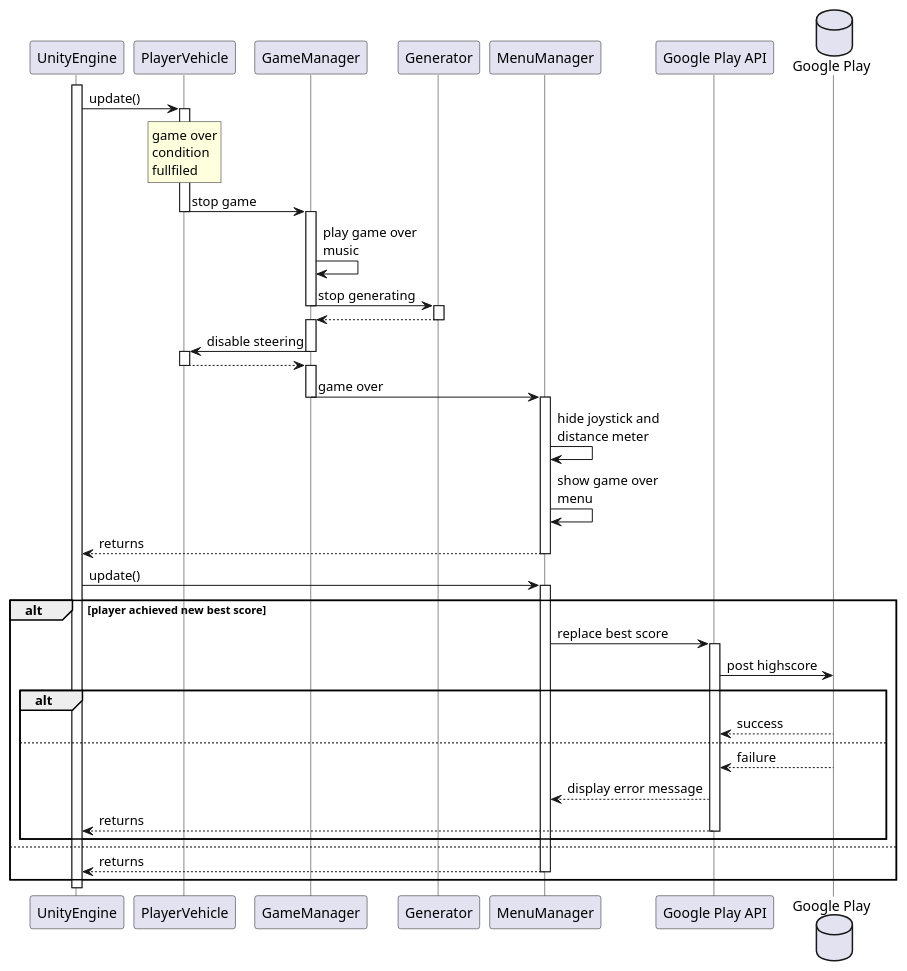
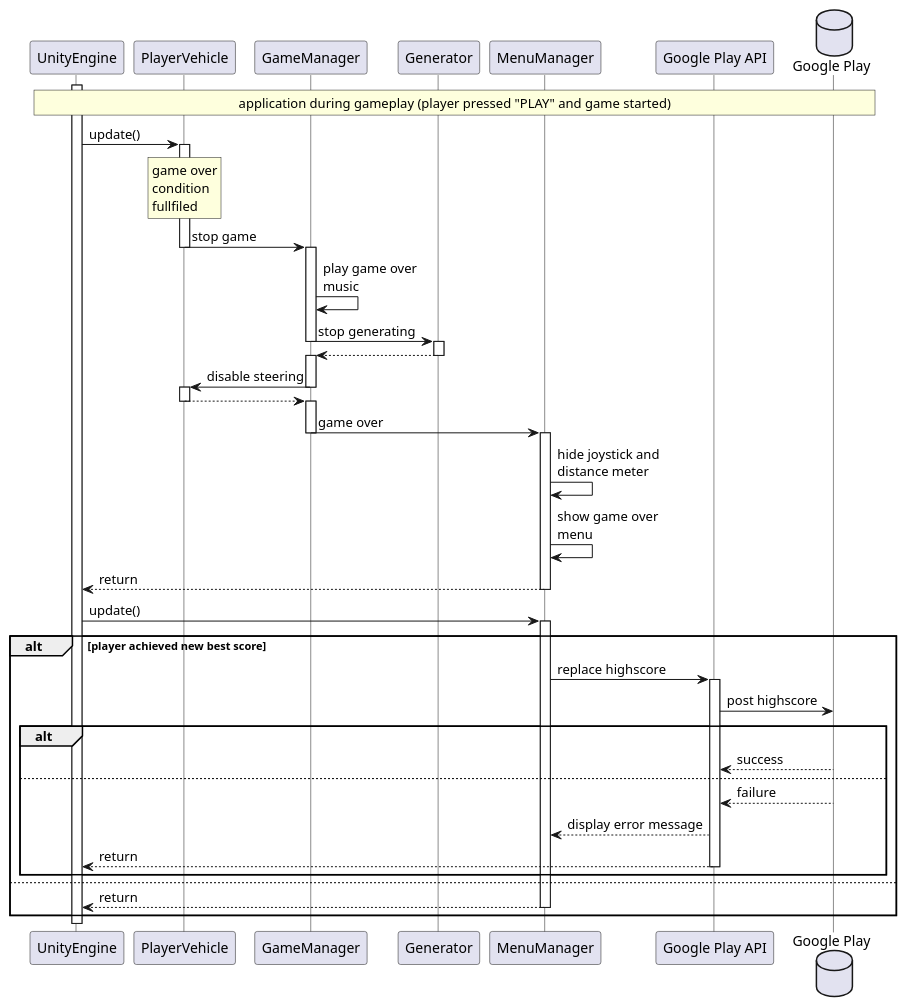
Before and after one commit to CKTA00/Robbery_Rush_UML: the diagram in UML/game_over_sequence_diagram.puml, drawn with PlantUML. The commit also changed 3 other files, not shown here.

```diff
--- a/UML/game_over_sequence_diagram.puml
+++ b/UML/game_over_sequence_diagram.puml
@@ -1,45 +1,47 @@
 @startuml
 'https://plantuml.com/sequence-diagram
 
 skinparam lifelineStrategy solid
 participant UnityEngine
 activate UnityEngine
+rnote across: application during gameplay (player pressed "PLAY" and game started)
+
 UnityEngine -> PlayerVehicle ++: update()
 rnote over PlayerVehicle: game over\ncondition\nfullfiled
 
 PlayerVehicle -> GameManager --++: stop game
 
 GameManager -> GameManager: play game over\nmusic
 GameManager -> Generator--++: stop generating
 GameManager <-- Generator--++:
 
 GameManager -> PlayerVehicle--++: disable steering
 GameManager <-- PlayerVehicle--++:
 
 GameManager -> MenuManager --++: game over
 MenuManager -> MenuManager : hide joystick and\ndistance meter
 MenuManager -> MenuManager : show game over\nmenu
 'GameManager <-- MenuManager --++:
 'GameManager --> PlayerVehicle--++:
 'PlayerVehicle --> UnityEngine--:
-MenuManager --> UnityEngine--: returns
+MenuManager --> UnityEngine--: return
 UnityEngine -> MenuManager ++: update()
 'rnote over MenuManager: player achieved\nbest score
 alt player achieved new best score
-    MenuManager -> "Google Play API" ++: replace best score
+    MenuManager -> "Google Play API" ++: replace highscore
     database "Google Play"
     "Google Play API" -> "Google Play": post highscore
     alt
         "Google Play API" <-- "Google Play": success
     else
         "Google Play API" <-- "Google Play" : failure
         "Google Play API" --> "MenuManager" : display error message
-        "Google Play API" --> UnityEngine -- :returns
+        "Google Play API" --> UnityEngine -- :return
     end
 else
-    "MenuManager" --> UnityEngine --: returns
+    "MenuManager" --> UnityEngine --: return
 end
 
 
 
 @enduml
```
